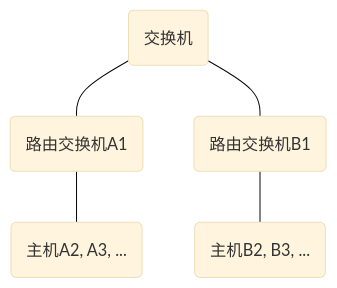
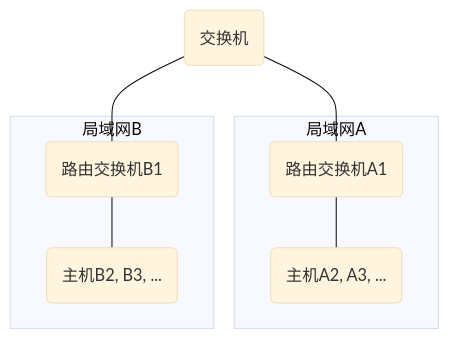
One commit to chensk1999/note changed the diagram in pen/internet.md. Above: the diagram before and after it, drawn with Mermaid (base theme). The commit also changed other lines of this file and 13 other files, not shown here.

````diff
--- a/pen/internet.md
+++ b/pen/internet.md
@@ -83,6 +87,10 @@
 ```mermaid
 graph TD
-  0(交换机) --- A(路由交换机A1) & B(路由交换机B1)
-  A --- net_A(主机A2, A3, ...)
-  B --- net_B(主机B2, B3, ...)
+  0(交换机) --- routerA & routerB
+  subgraph netA [局域网A]
+    routerA(路由交换机A1) --- pcA(主机A2, A3, ...)
+  end
+  subgraph netB [局域网B]
+    routerB(路由交换机B1) --- pcB(主机B2, B3, ...)
+  end
 ```
````
